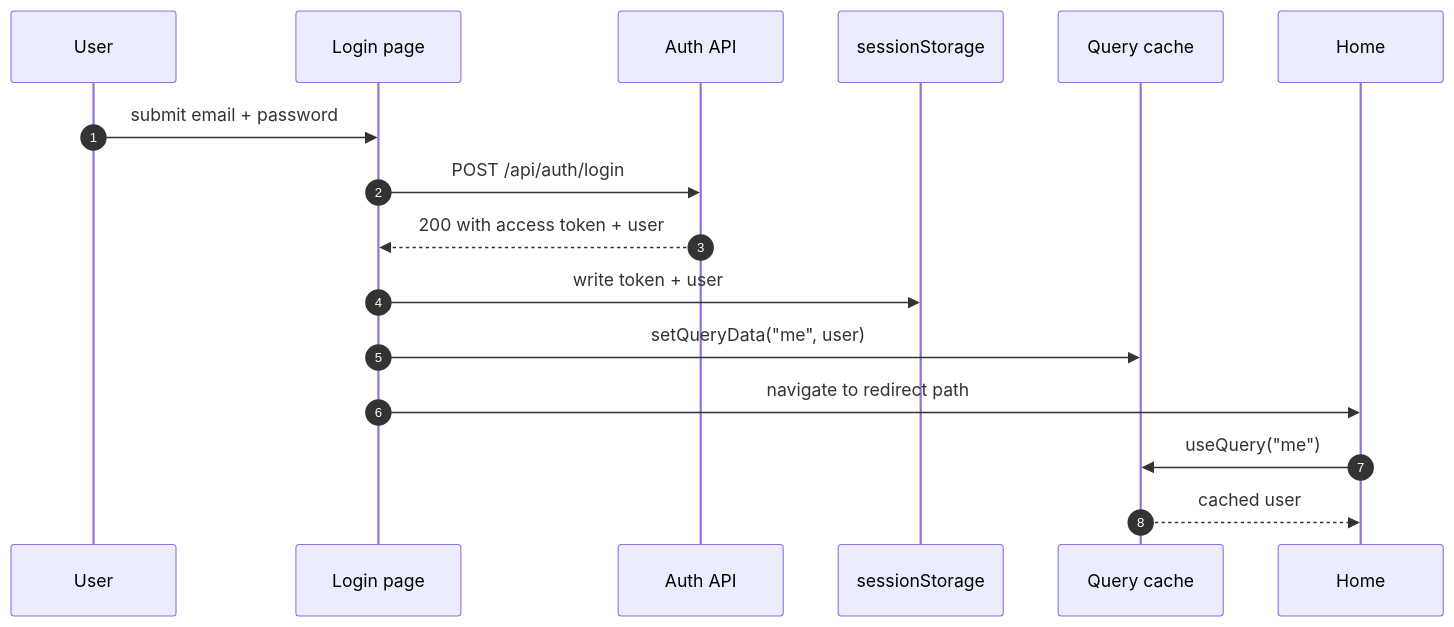
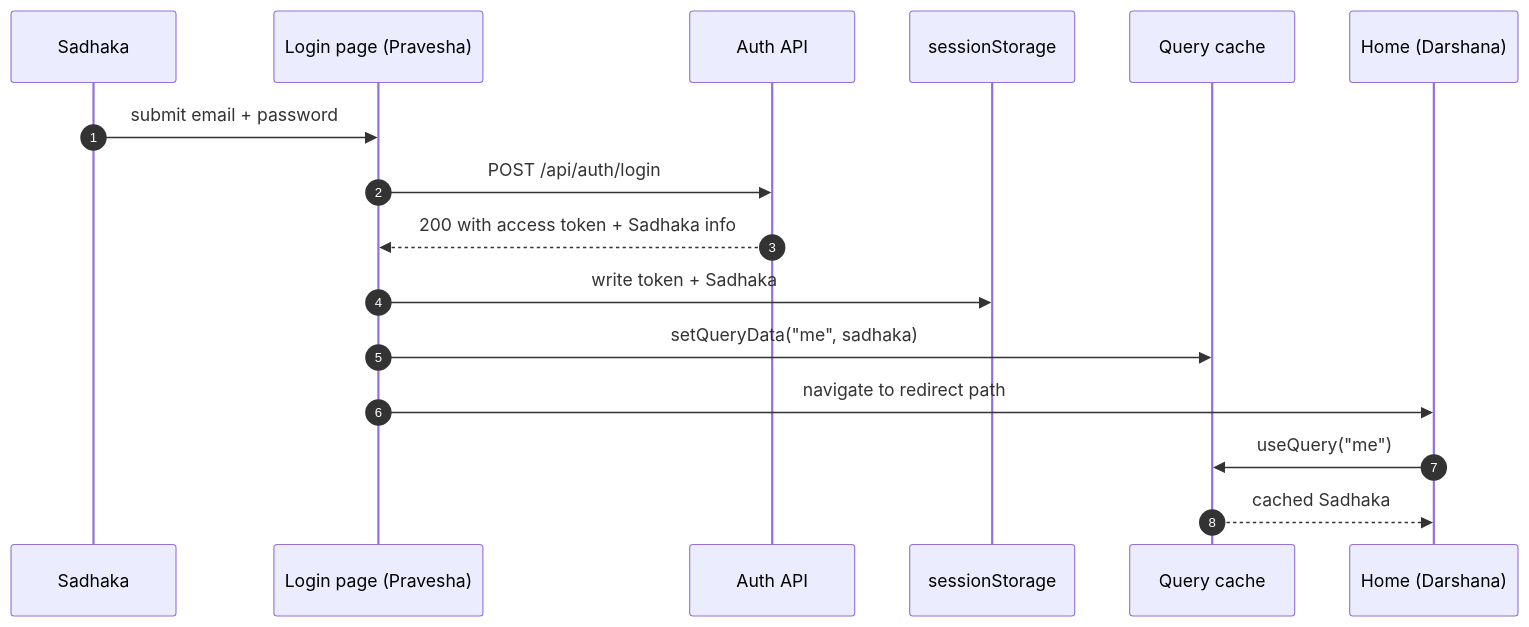
The second of 8 diagrams in documentation/src/04-Frontend-Architecture.md (so-weak/Aakaar), drawn with Mermaid before and after one commit. The commit also changed other lines of this file and 56 other files, not shown here.

````diff
--- a/documentation/src/04-Frontend-Architecture.md
+++ b/documentation/src/04-Frontend-Architecture.md
@@ -44,19 +42,19 @@
 ```mermaid
 sequenceDiagram
   autonumber
-  participant U as User
-  participant L as Login page
+  participant U as Sadhaka
+  participant L as Login page (Pravesha)
   participant A as Auth API
   participant S as sessionStorage
   participant Q as Query cache
-  participant H as Home
+  participant H as Home (Darshana)
 
   U->>L: submit email + password
   L->>A: POST /api/auth/login
-  A-->>L: 200 with access token + user
-  L->>S: write token + user
-  L->>Q: setQueryData("me", user)
+  A-->>L: 200 with access token + Sadhaka info
+  L->>S: write token + Sadhaka
+  L->>Q: setQueryData("me", sadhaka)
   L->>H: navigate to redirect path
   H->>Q: useQuery("me")
-  Q-->>H: cached user
+  Q-->>H: cached Sadhaka
 ```
````
